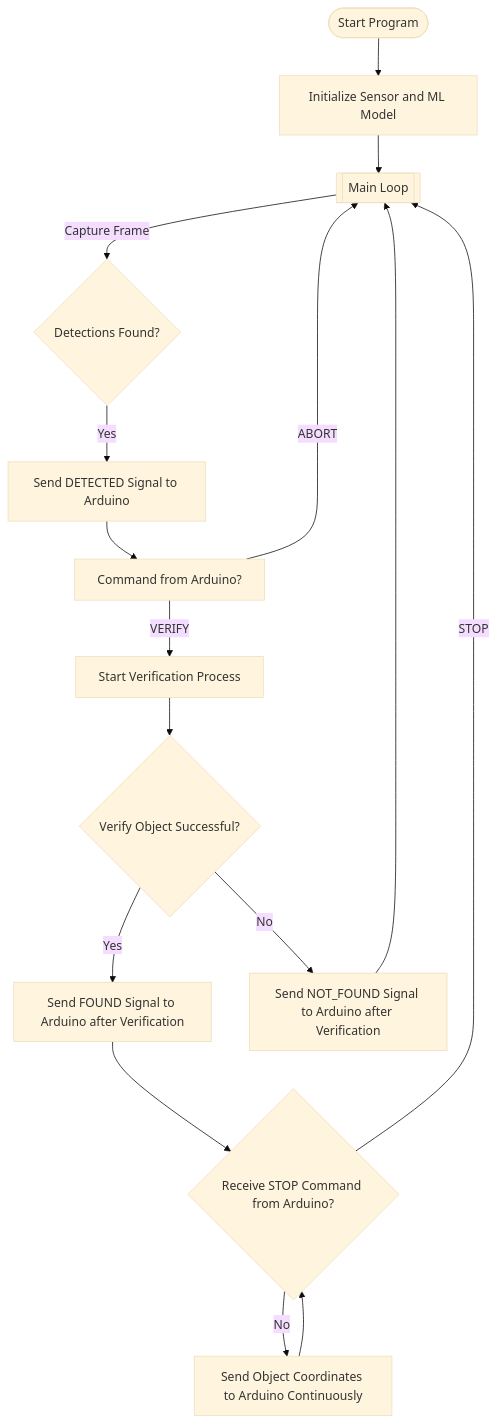
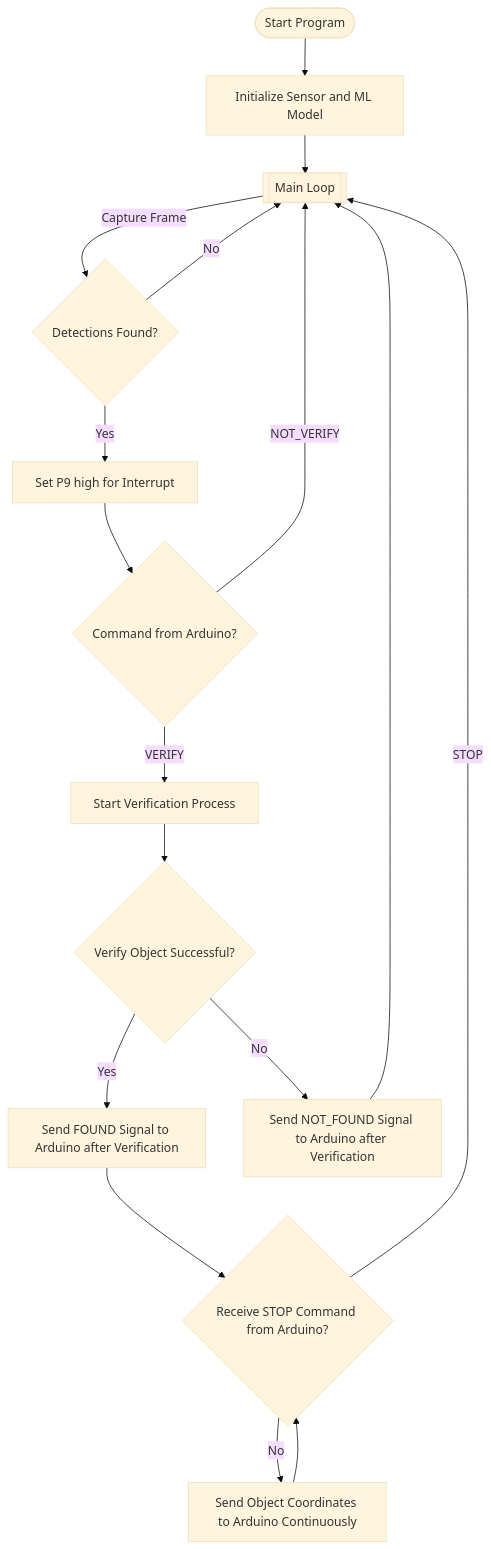
Before and after one commit to moritzheinzle/B.Robots-Juniors: the diagram in openmv-rt1062/camera.md, drawn with Mermaid (base theme). The commit also changed other lines of this file, not shown here.

````diff
--- a/openmv-rt1062/camera.md
+++ b/openmv-rt1062/camera.md
@@ -22,17 +5,18 @@
 ```mermaid
 graph TD;
 A([Start Program]) --> B[Initialize Sensor and ML Model]
 B --> C[[Main Loop]]
 C -->|Capture Frame| D{Detections Found?}
-D -->|Yes| E[Send DETECTED Signal to Arduino]--> F[Command from Arduino?]
+D -->|No| C
+D -->|Yes| E[Set P9 high for Interrupt]--> F{Command from Arduino?}
 
 F -->|VERIFY| G[Start Verification Process]
-F -->|ABORT| C
+F -->|NOT_VERIFY| C
 
 G --> H{Verify Object Successful?}
 H -->|Yes| I[Send FOUND Signal to Arduino after Verification] --> K{Receive STOP Command from Arduino?}
 H -->|No| J[Send NOT_FOUND Signal to Arduino after Verification] --> C
 
 K -->|STOP| C
 K -->|No| L[Send Object Coordinates to Arduino Continuously] --> K
 ```
````
